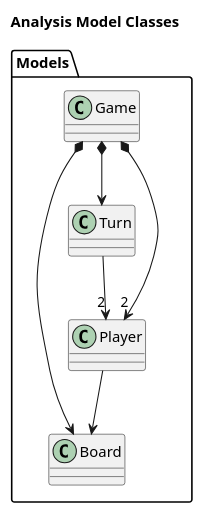
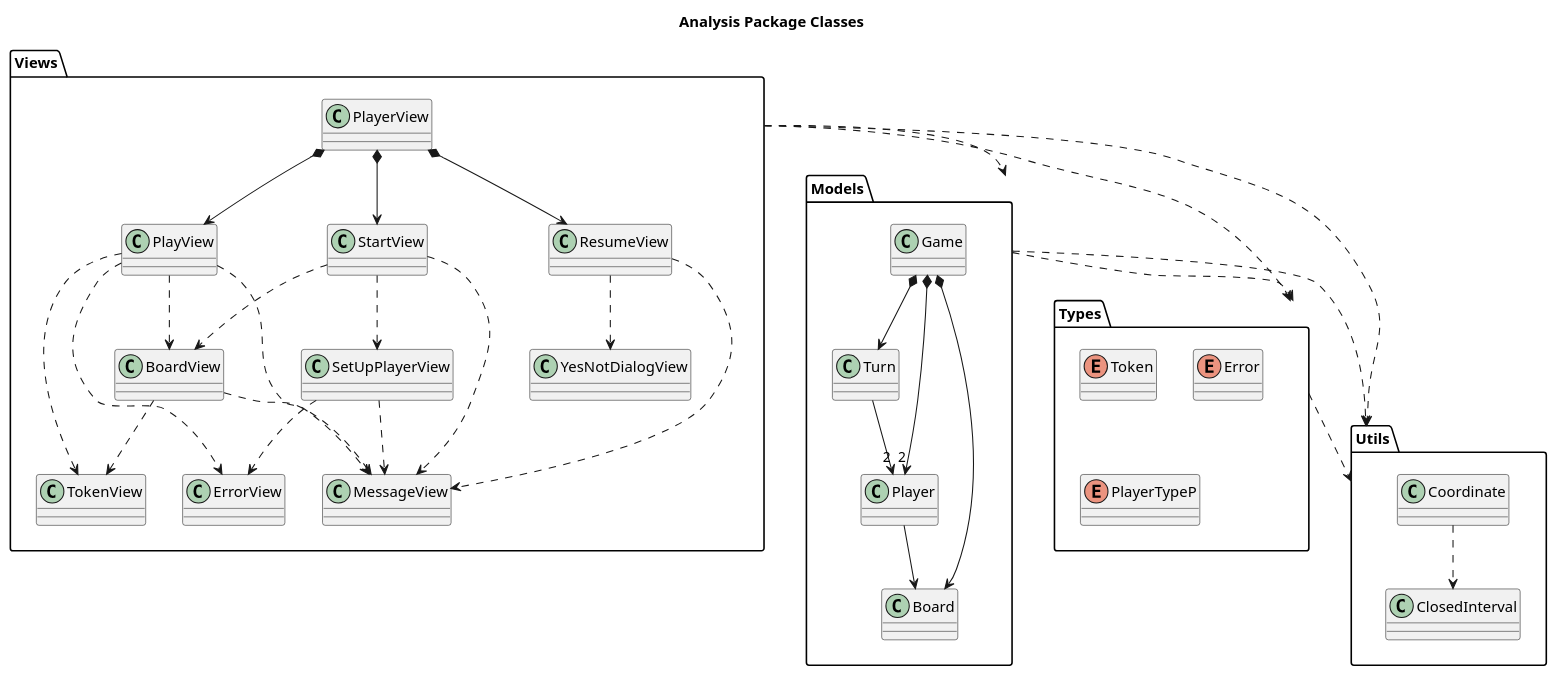
The fifth of 5 diagrams in src/Connect4/DocumentView/WithFactoryMethod/Docs/ClassesAnalysis.plantuml (franpaulinoinfante/MasterSoftwareDevelopment), drawn with PlantUML before and after one commit. The commit also changed other lines of this file and 2 other files, not shown here.

```diff
--- a/src/Connect4/DocumentView/WithFactoryMethod/Docs/ClassesAnalysis.plantuml
+++ b/src/Connect4/DocumentView/WithFactoryMethod/Docs/ClassesAnalysis.plantuml
@@ -89,26 +200,55 @@
-@startuml AnalysisModelClasses
-title Analysis Model Classes
+@startuml AnalysisPackageClasses
+title Analysis Package Classes
+
+package Views{
+    PlayerView *--> StartView
+    PlayerView *--> PlayView
+    PlayerView *--> ResumeView
+
+    StartView ..> MessageView
+    StartView ..> BoardView
+    StartView ..> SetUpPlayerView
+
+    PlayView ..> MessageView
+    PlayView ..> BoardView
+    PlayView ..> ErrorView
+    PlayView ..> TokenView
+
+    ResumeView ..> MessageView
+    ResumeView ..> YesNotDialogView
+
+    SetUpPlayerView ..> MessageView
+    SetUpPlayerView ..> ErrorView
+
+    BoardView ..> MessageView
+    BoardView ..> TokenView
+
+
+}
+Views ..> Models
+Views ..> Types
+Views ..> Utils
 
 package Models{
-    class Game{
-
-    }
     Game *--> Board
     Game *--> Turn
     Game *--> "2" Player
 
-    class Turn{
-
-    }
     Turn --> "2" Player
 
-    class Player{
+    Player --> Board
+}
+Models ..> Types
+Models ..> Utils
 
-    }
-    Player --> Board
+package Types{
+    enum Token{}
+    enum Error{}
+    enum PlayerTypeP{}
+}
+Types ..> Utils
 
-    class Board{
-
-    }
+package Utils{
+    Coordinate ..> ClosedInterval
 }
 @enduml
```
